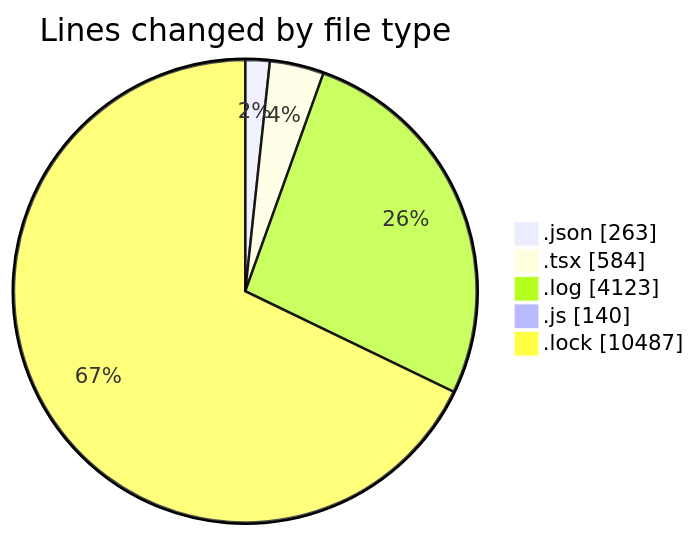
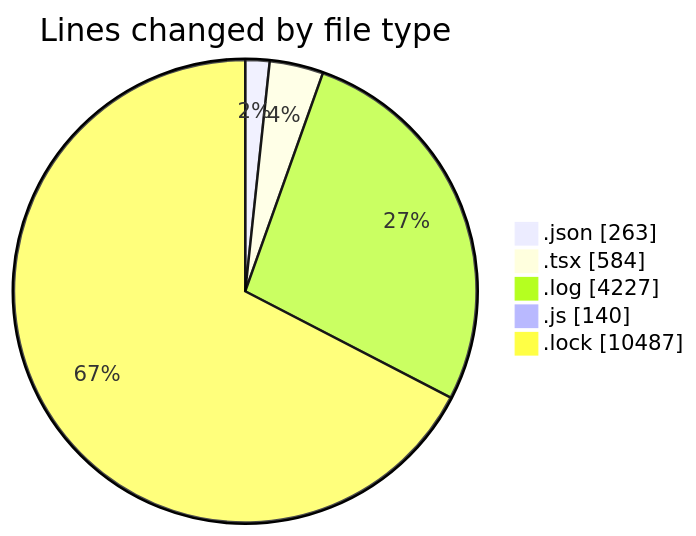
Before and after one commit to momahboobian/code-tracking: the first of 2 diagrams in 2026-03-24/cda/README.md, drawn with Mermaid. The commit also changed other lines of this file and 1 other file, not shown here.

````diff
--- a/2026-03-24/cda/README.md
+++ b/2026-03-24/cda/README.md
@@ -28,9 +28,9 @@
 ```mermaid
 pie showData
 title Lines changed by file type
 ".json" : 263
 ".tsx" : 584
-".log" : 4123
+".log" : 4227
 ".js" : 140
 ".lock" : 10487
 ```
````
